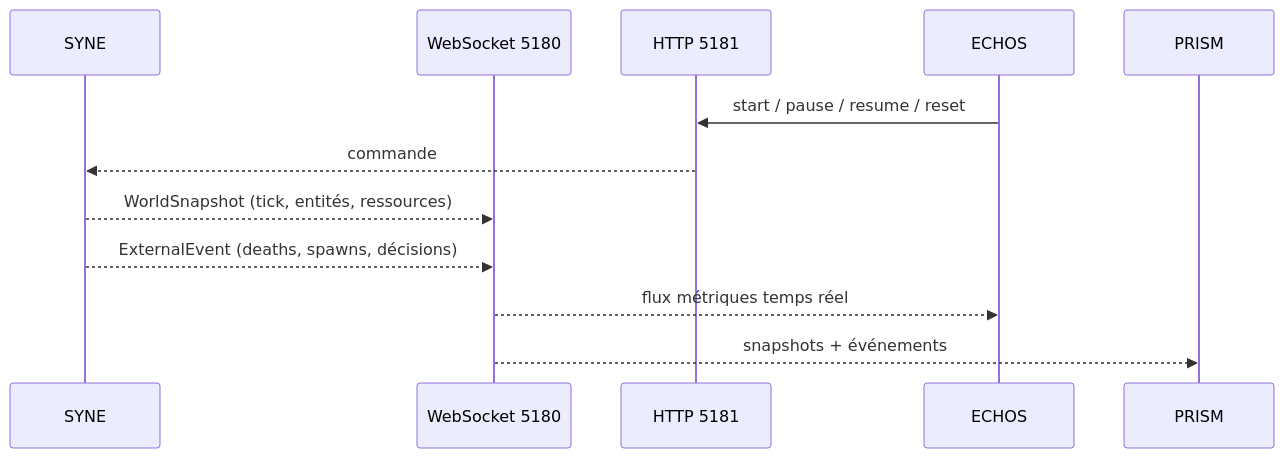
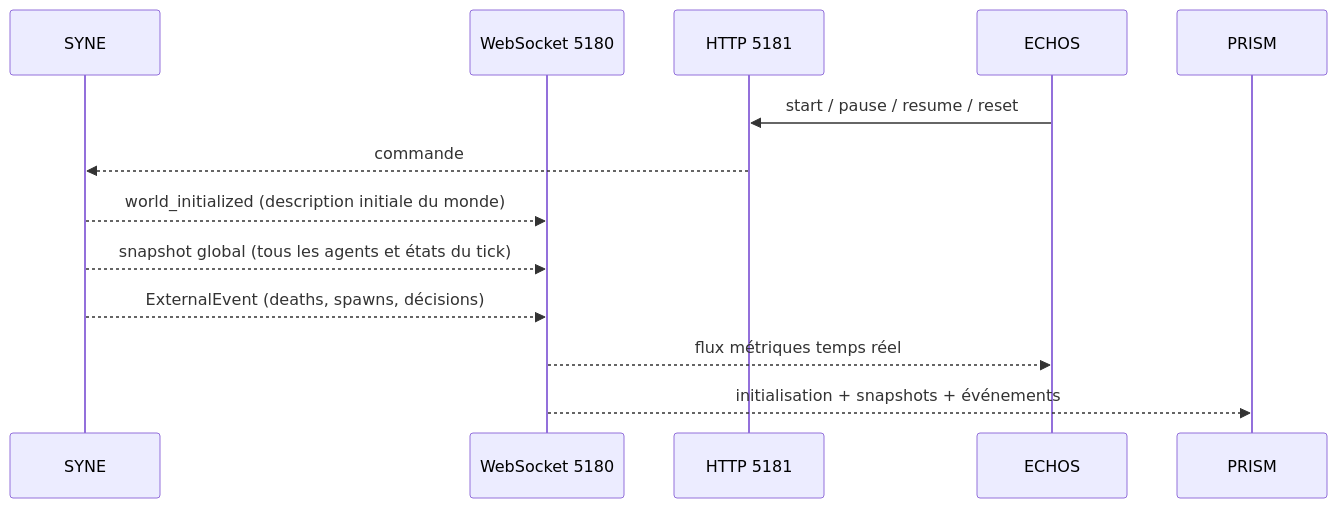
The second of 2 diagrams in ARCHITECTURE.md (donovan-dev-web/LIVEX), drawn with Mermaid before and after one commit. The commit also changed other lines of this file and 8 other files, not shown here.

````diff
--- a/ARCHITECTURE.md
+++ b/ARCHITECTURE.md
@@ -129,14 +152,15 @@
 ```mermaid
 sequenceDiagram
     participant SYNE
     participant WS as WebSocket 5180
     participant HTTP as HTTP 5181
     participant ECHOS
     participant PRISM
     ECHOS->>HTTP: start / pause / resume / reset
     HTTP-->>SYNE: commande
-    SYNE-->>WS: WorldSnapshot (tick, entités, ressources)
+    SYNE-->>WS: world_initialized (description initiale du monde)
+    SYNE-->>WS: snapshot global (tous les agents et états du tick)
     SYNE-->>WS: ExternalEvent (deaths, spawns, décisions)
     WS-->>ECHOS: flux métriques temps réel
-    WS-->>PRISM: snapshots + événements
+    WS-->>PRISM: initialisation + snapshots + événements
 ```
````
